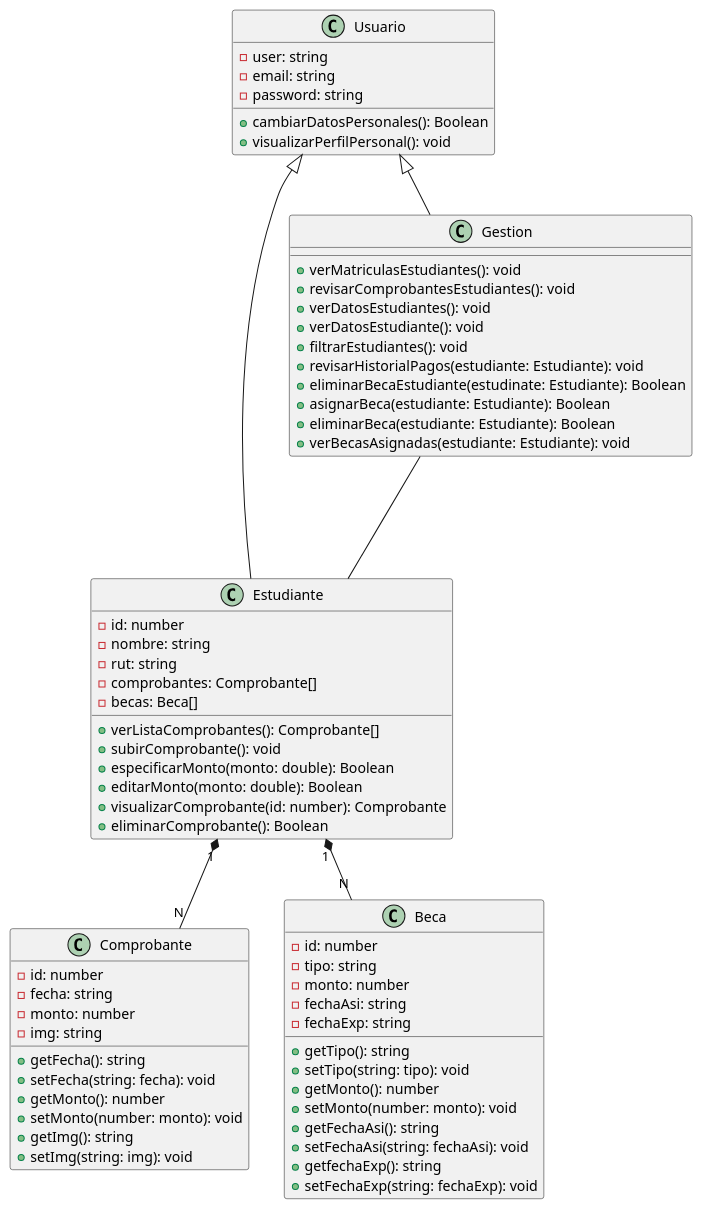
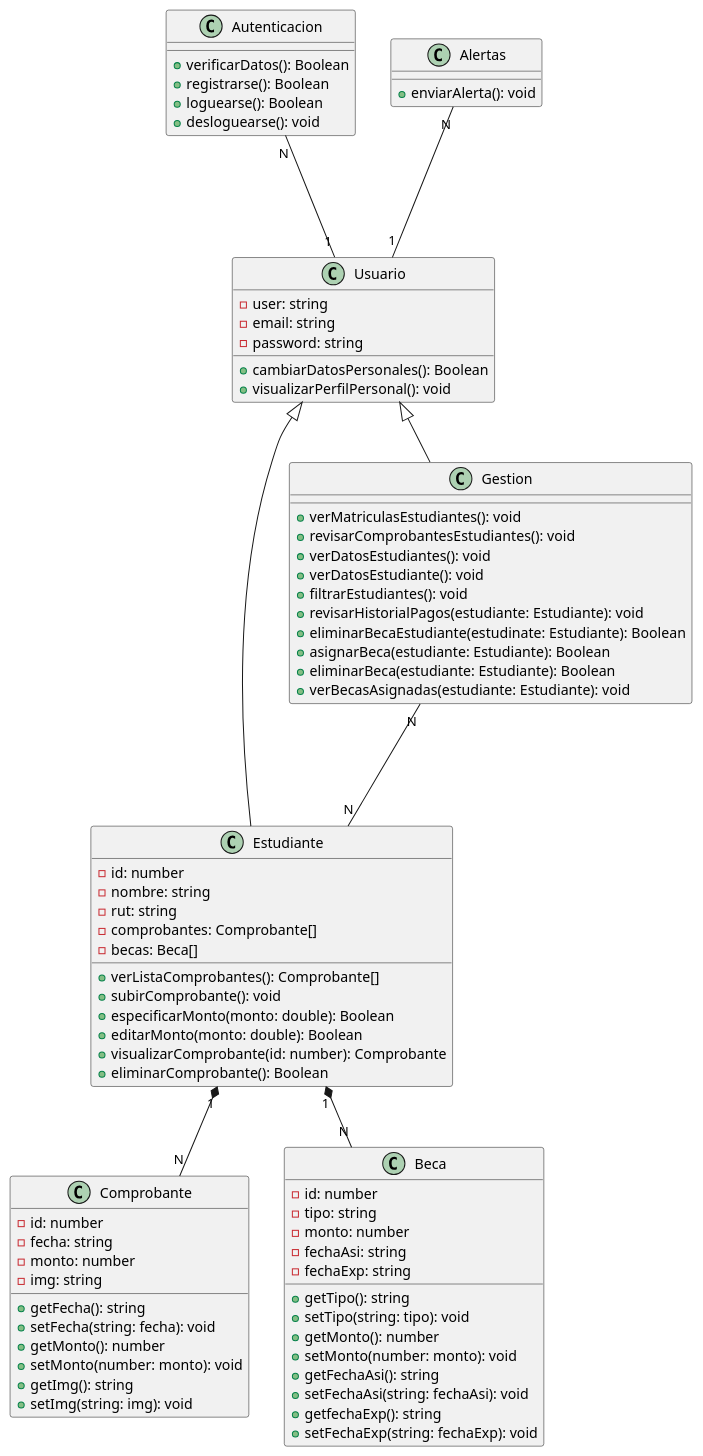
The diagram in diagramas/clases.pu (luisllanca/INFO248-graduados), drawn with PlantUML before and after one commit.

Commit message:
actualización de diagrama de clases

```diff
--- a/diagramas/clases.pu
+++ b/diagramas/clases.pu
@@ -1,80 +1,90 @@
 @startuml
 
-' +registrarse(): Boolean
-  ' +loguearse(): Boolean
-  ' +desloguearse(): void
+
+class Autenticacion {
+  +verificarDatos(): Boolean
+  +registrarse(): Boolean
+  +loguearse(): Boolean
+  +desloguearse(): void
+}
+
+class Alertas {
+  +enviarAlerta(): void
+}
+
 class Usuario {
   -user: string
   -email: string
   -password: string
   +cambiarDatosPersonales(): Boolean
   +visualizarPerfilPersonal(): void
-  
 }
 
 class Estudiante {
   -id: number
   -nombre: string
   -rut: string
   -comprobantes: Comprobante[]
   -becas: Beca[]
   +verListaComprobantes(): Comprobante[]
   +subirComprobante(): void
   +especificarMonto(monto: double): Boolean
   +editarMonto(monto: double): Boolean
   +visualizarComprobante(id: number): Comprobante
   +eliminarComprobante(): Boolean
 }
 
 class Comprobante {
   -id: number
   -fecha: string
   -monto: number
   -img: string
 
   +getFecha(): string
   +setFecha(string: fecha): void
   +getMonto(): number
   +setMonto(number: monto): void
   +getImg(): string
   +setImg(string: img): void
 }
 
 class Gestion {
   +verMatriculasEstudiantes(): void
   +revisarComprobantesEstudiantes(): void
   +verDatosEstudiantes(): void
   +verDatosEstudiante(): void
   +filtrarEstudiantes(): void
   +revisarHistorialPagos(estudiante: Estudiante): void
   +eliminarBecaEstudiante(estudinate: Estudiante): Boolean
   +asignarBeca(estudiante: Estudiante): Boolean
   +eliminarBeca(estudiante: Estudiante): Boolean
   +verBecasAsignadas(estudiante: Estudiante): void
 }
 
 
 class Beca {
   -id: number
   -tipo: string
   -monto: number
   -fechaAsi: string
   -fechaExp: string
 
   +getTipo(): string
   +setTipo(string: tipo): void
   +getMonto(): number
   +setMonto(number: monto): void
   +getFechaAsi(): string
   +setFechaAsi(string: fechaAsi): void
   +getfechaExp(): string
   +setFechaExp(string: fechaExp): void
 }
 
+Autenticacion "N" --- "1" Usuario
+Alertas "N" --- "1" Usuario
 Usuario <|-- Estudiante
 Usuario <|-- Gestion
 Estudiante "1" *-- "N" Comprobante
 Estudiante "1" *-- "N" Beca
-Gestion --- Estudiante
+Gestion "N" --- "N" Estudiante
 
 @enduml
```
